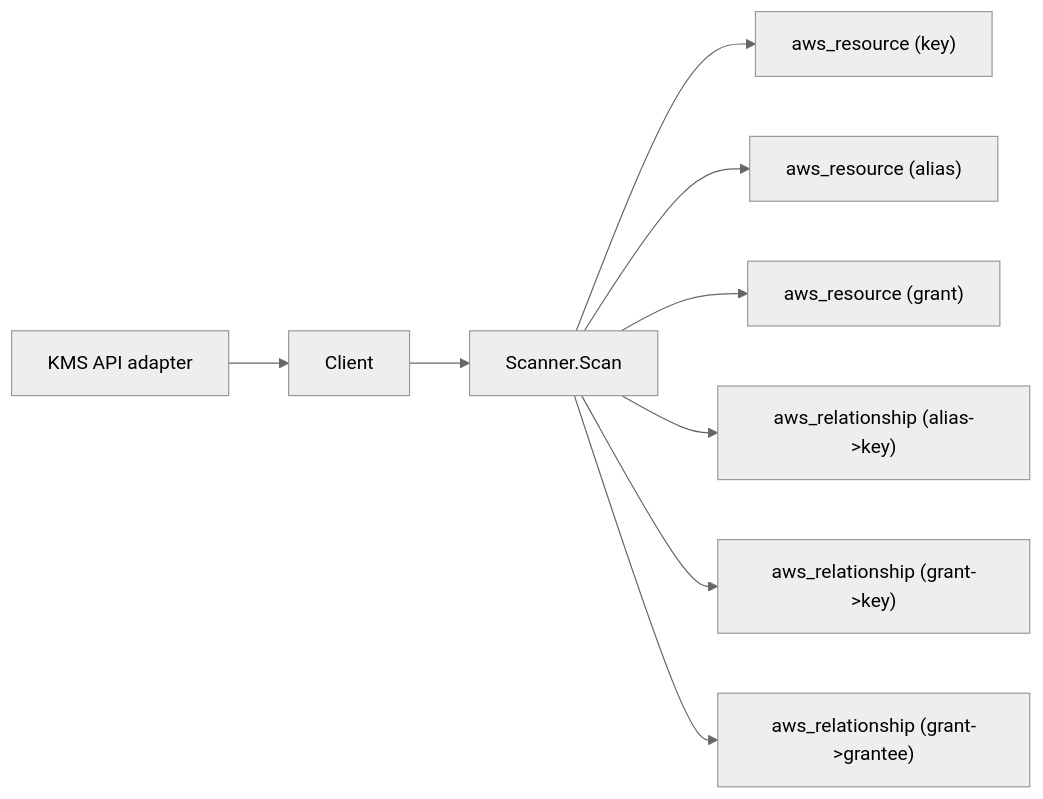
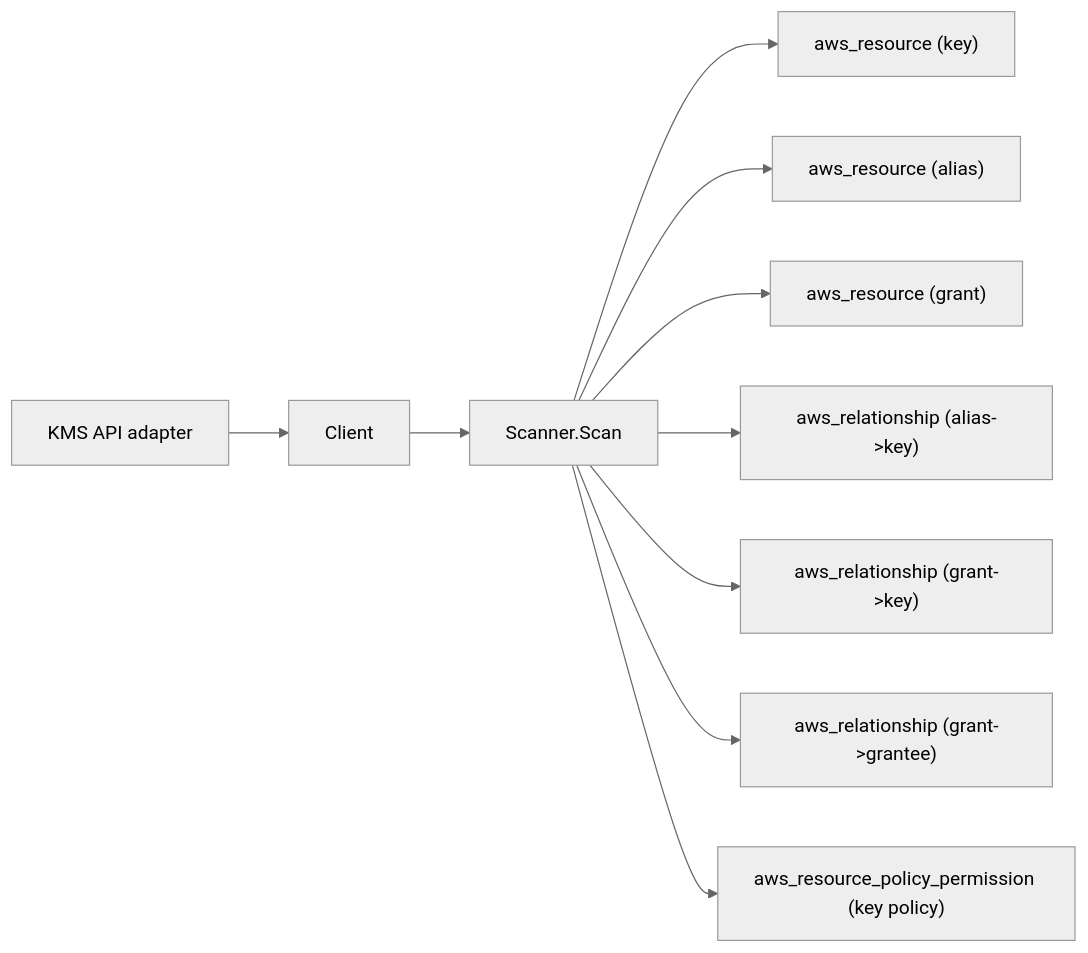
One commit to eshu-hq/eshu changed the diagram in go/internal/collector/awscloud/services/kms/README.md. Above: the diagram before and after it, drawn with Mermaid (neutral theme). The commit also changed other lines of this file and 31 other files, not shown here.

````diff
--- a/go/internal/collector/awscloud/services/kms/README.md
+++ b/go/internal/collector/awscloud/services/kms/README.md
@@ -21,11 +21,12 @@
 ```mermaid
 flowchart LR
   A["KMS API adapter"] --> B["Client"]
   B --> C["Scanner.Scan"]
   C --> D["aws_resource (key)"]
   C --> E["aws_resource (alias)"]
   C --> F["aws_resource (grant)"]
   C --> G["aws_relationship (alias->key)"]
   C --> H["aws_relationship (grant->key)"]
   C --> I["aws_relationship (grant->grantee)"]
+  C --> J["aws_resource_policy_permission (key policy)"]
 ```
````
